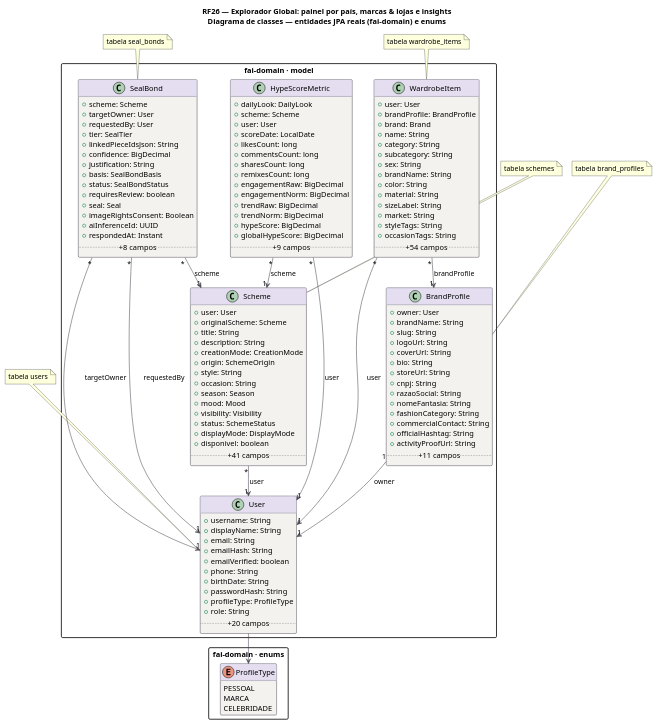
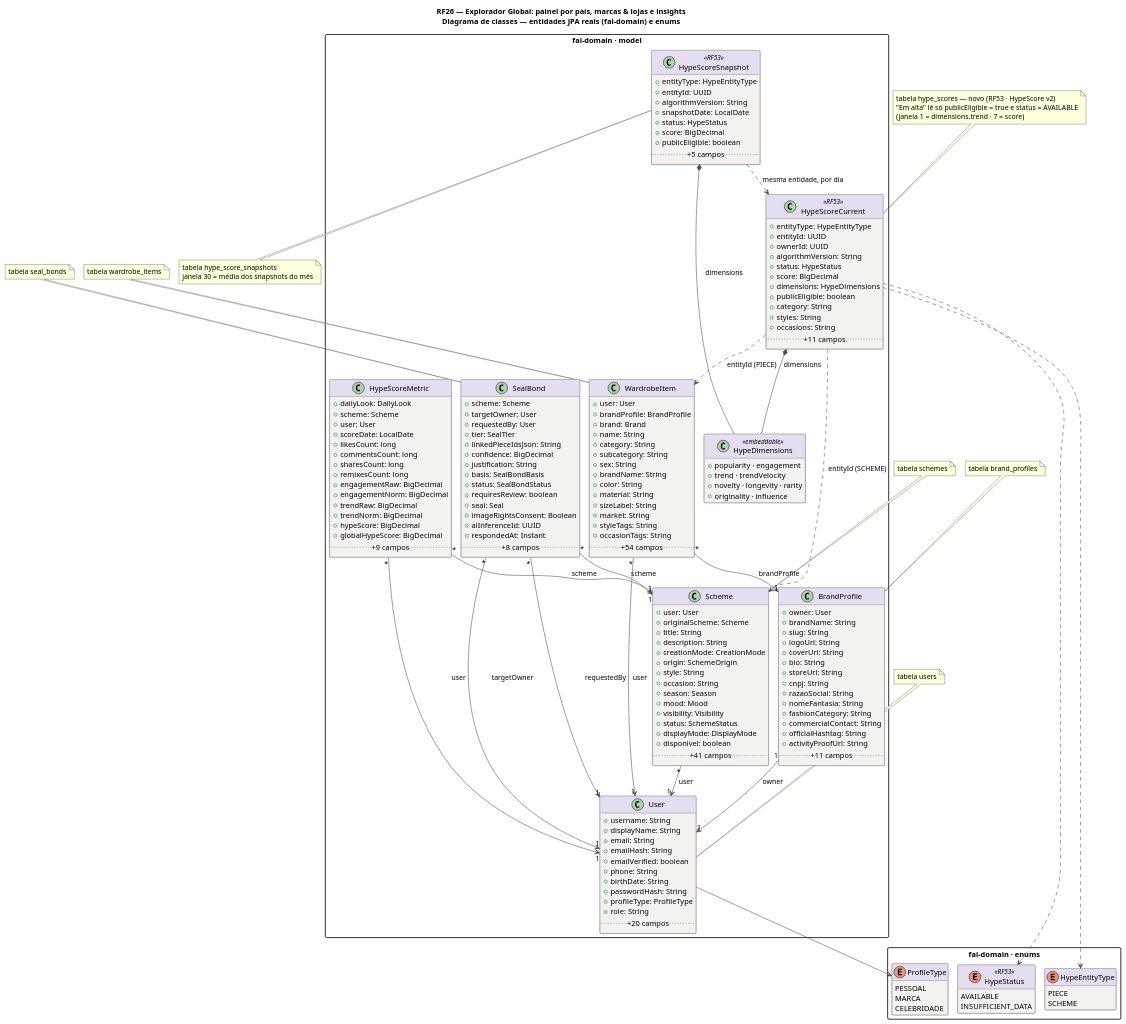
The diagram in docs/diagramas/RF26/RF26-classes.puml (MatheusHaliski/tcc-2026-fashion-ai-backend), drawn with PlantUML before and after one commit. The commit also changed 72 other files, not shown here.

```diff
--- a/docs/diagramas/RF26/RF26-classes.puml
+++ b/docs/diagramas/RF26/RF26-classes.puml
@@ -1,136 +1,183 @@
 @startuml RF26_Classes
 title RF26 — Explorador Global: painel por país, marcas & lojas e insights\nDiagrama de classes — entidades JPA reais (fai-domain) e enums
 !pragma layout smetana
 skinparam backgroundColor #FFFFFF
 skinparam class {
   BackgroundColor #F4F2EF
   BorderColor #4A4852
   ArrowColor #4A4852
   HeaderBackgroundColor #E4DEF0
 }
 skinparam packageStyle rectangle
 hide empty methods
 
 package "fai-domain · model" {
 class User {
   +username: String
   +displayName: String
   +email: String
   +emailHash: String
   +emailVerified: boolean
   +phone: String
   +birthDate: String
   +passwordHash: String
   +profileType: ProfileType
   +role: String
   .. +20 campos ..
 }
 class BrandProfile {
   +owner: User
   +brandName: String
   +slug: String
   +logoUrl: String
   +coverUrl: String
   +bio: String
   +storeUrl: String
   +cnpj: String
   +razaoSocial: String
   +nomeFantasia: String
   +fashionCategory: String
   +commercialContact: String
   +officialHashtag: String
   +activityProofUrl: String
   .. +11 campos ..
 }
 class WardrobeItem {
   +user: User
   +brandProfile: BrandProfile
   +brand: Brand
   +name: String
   +category: String
   +subcategory: String
   +sex: String
   +brandName: String
   +color: String
   +material: String
   +sizeLabel: String
   +market: String
   +styleTags: String
   +occasionTags: String
   .. +54 campos ..
 }
 class Scheme {
   +user: User
   +originalScheme: Scheme
   +title: String
   +description: String
   +creationMode: CreationMode
   +origin: SchemeOrigin
   +style: String
   +occasion: String
   +season: Season
   +mood: Mood
   +visibility: Visibility
   +status: SchemeStatus
   +displayMode: DisplayMode
   +disponivel: boolean
   .. +41 campos ..
 }
 class SealBond {
   +scheme: Scheme
   +targetOwner: User
   +requestedBy: User
   +tier: SealTier
   +linkedPieceIdsJson: String
   +confidence: BigDecimal
   +justification: String
   +basis: SealBondBasis
   +status: SealBondStatus
   +requiresReview: boolean
   +seal: Seal
   +imageRightsConsent: Boolean
   +aiInferenceId: UUID
   +respondedAt: Instant
   .. +8 campos ..
 }
 class HypeScoreMetric {
   +dailyLook: DailyLook
   +scheme: Scheme
   +user: User
   +scoreDate: LocalDate
   +likesCount: long
   +commentsCount: long
   +sharesCount: long
   +remixesCount: long
   +engagementRaw: BigDecimal
   +engagementNorm: BigDecimal
   +trendRaw: BigDecimal
   +trendNorm: BigDecimal
   +hypeScore: BigDecimal
   +globalHypeScore: BigDecimal
   .. +9 campos ..
 }
+class HypeScoreCurrent <<RF53>> {
+  +entityType: HypeEntityType
+  +entityId: UUID
+  +ownerId: UUID
+  +algorithmVersion: String
+  +status: HypeStatus
+  +score: BigDecimal
+  +dimensions: HypeDimensions
+  +publicEligible: boolean
+  +category: String
+  +styles: String
+  +occasions: String
+  .. +11 campos ..
+}
+class HypeScoreSnapshot <<RF53>> {
+  +entityType: HypeEntityType
+  +entityId: UUID
+  +algorithmVersion: String
+  +snapshotDate: LocalDate
+  +status: HypeStatus
+  +score: BigDecimal
+  +publicEligible: boolean
+  .. +5 campos ..
+}
+class HypeDimensions <<embeddable>> {
+  +popularity · engagement
+  +trend · trendVelocity
+  +novelty · longevity · rarity
+  +originality · influence
+}
 }
 package "fai-domain · enums" {
 enum ProfileType {
   PESSOAL
   MARCA
   CELEBRIDADE
+}
+enum HypeEntityType {
+  PIECE
+  SCHEME
+}
+enum HypeStatus <<RF53>> {
+  AVAILABLE
+  INSUFFICIENT_DATA
 }
 }
 BrandProfile "1" --> "1" User : owner
 HypeScoreMetric "*" --> "1" Scheme : scheme
 HypeScoreMetric "*" --> "1" User : user
 Scheme "*" --> "1" User : user
 SealBond "*" --> "1" Scheme : scheme
 SealBond "*" --> "1" User : requestedBy
 SealBond "*" --> "1" User : targetOwner
 User --> ProfileType
 WardrobeItem "*" --> "1" BrandProfile : brandProfile
 WardrobeItem "*" --> "1" User : user
+HypeScoreCurrent *-- HypeDimensions : dimensions
+HypeScoreSnapshot *-- HypeDimensions : dimensions
+HypeScoreCurrent ..> HypeEntityType
+HypeScoreCurrent ..> HypeStatus
+HypeScoreCurrent ..> WardrobeItem : entityId (PIECE)
+HypeScoreCurrent ..> Scheme : entityId (SCHEME)
+HypeScoreSnapshot ..> HypeScoreCurrent : mesma entidade, por dia
 note top of User : tabela users
 note top of BrandProfile : tabela brand_profiles
 note top of WardrobeItem : tabela wardrobe_items
 note top of Scheme : tabela schemes
 note top of SealBond : tabela seal_bonds
+note top of HypeScoreCurrent : tabela hype_scores — novo (RF53 · HypeScore v2)\n"Em alta" lê só publicEligible = true e status = AVAILABLE\n(janela 1 = dimensions.trend · 7 = score)
+note bottom of HypeScoreSnapshot : tabela hype_score_snapshots\njanela 30 = média dos snapshots do mês
 @enduml
```
